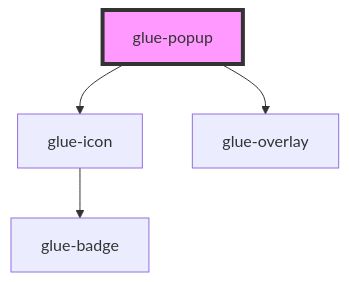
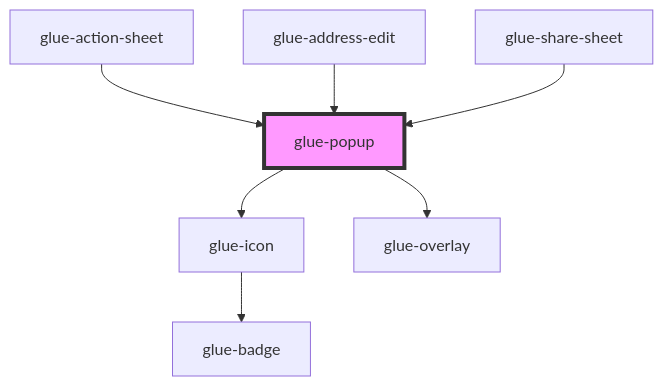
The diagram in packages/glue-components/src/components/glue-popup/readme.md (grasilife/glue), drawn with Mermaid before and after one commit. The commit also changed other lines of this file and 71 other files, not shown here.

````diff
--- a/packages/glue-components/src/components/glue-popup/readme.md
+++ b/packages/glue-components/src/components/glue-popup/readme.md
@@ -56,7 +62,10 @@
 ```mermaid
 graph TD;
   glue-popup --> glue-icon
   glue-popup --> glue-overlay
   glue-icon --> glue-badge
+  glue-action-sheet --> glue-popup
+  glue-address-edit --> glue-popup
+  glue-share-sheet --> glue-popup
   style glue-popup fill:#f9f,stroke:#333,stroke-width:4px
 ```
````
